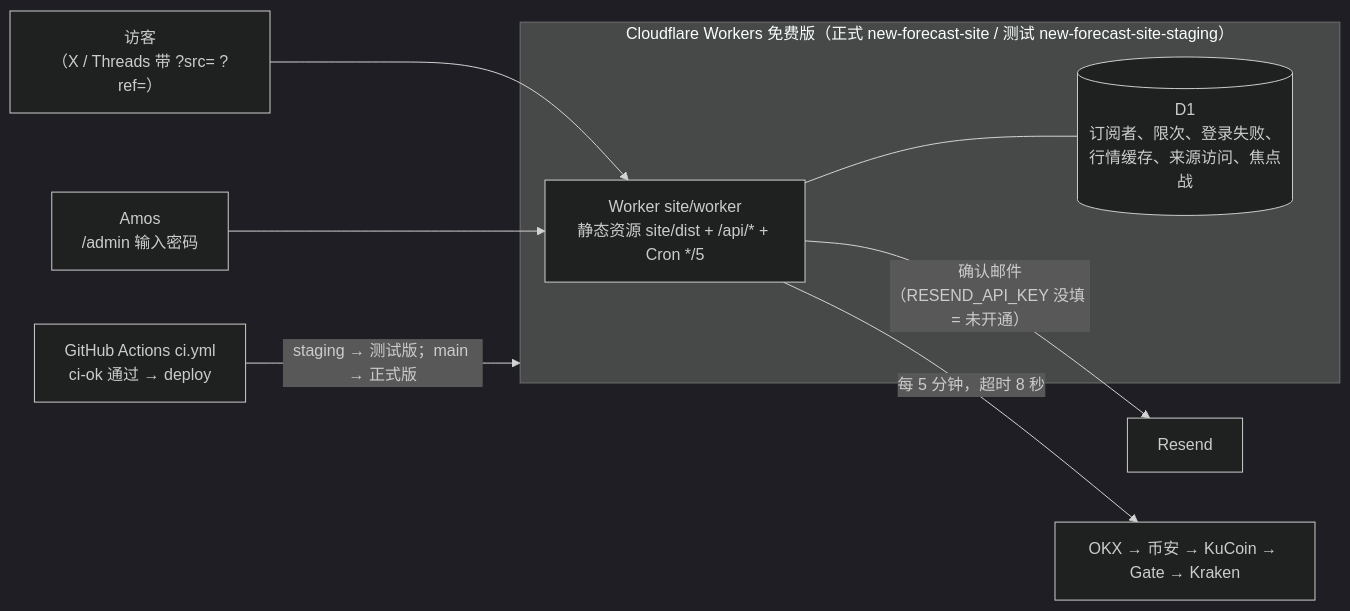
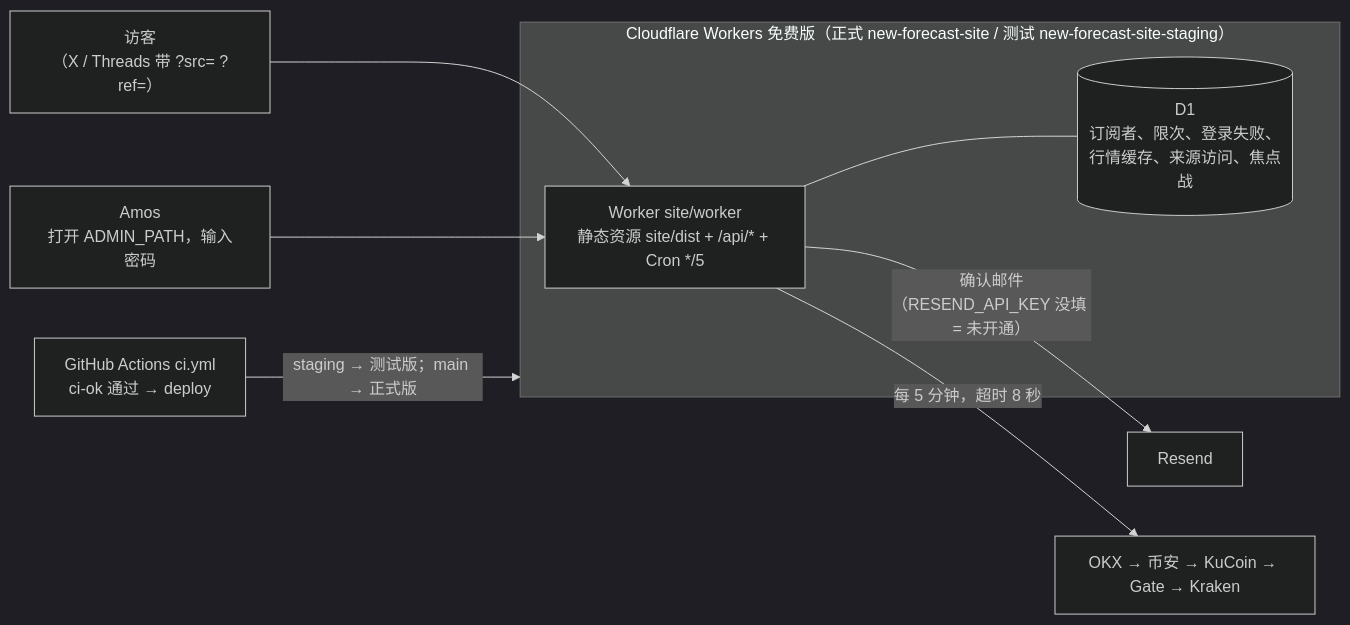
The diagram in 项目地图.md (dollar3651314/new-forecast), drawn with Mermaid (dark theme) before and after one commit. The commit also changed other lines of this file and 86 other files, not shown here.

````diff
--- a/项目地图.md
+++ b/项目地图.md
@@ -12,13 +12,13 @@
 ```mermaid
 flowchart LR
     V["访客<br/>（X / Threads 带 ?src= ?ref=）"] --> W
-    A["Amos<br/>/admin 输入密码"] --> W
+    A["Amos<br/>打开 ADMIN_PATH，输入密码"] --> W
     subgraph CF["Cloudflare Workers 免费版（正式 new-forecast-site / 测试 new-forecast-site-staging）"]
         W["Worker site/worker<br/>静态资源 site/dist + /api/* + Cron */5"]
         D[("D1<br/>订阅者、限次、登录失败、行情缓存、来源访问、焦点战")]
         W --- D
     end
     W -->|"确认邮件（RESEND_API_KEY 没填 = 未开通）"| R["Resend"]
     W -->|"每 5 分钟，超时 8 秒"| X["OKX → 币安 → KuCoin → Gate → Kraken"]
     GH["GitHub Actions ci.yml<br/>ci-ok 通过 → deploy"] -->|"staging → 测试版；main → 正式版"| CF
 ```
````
